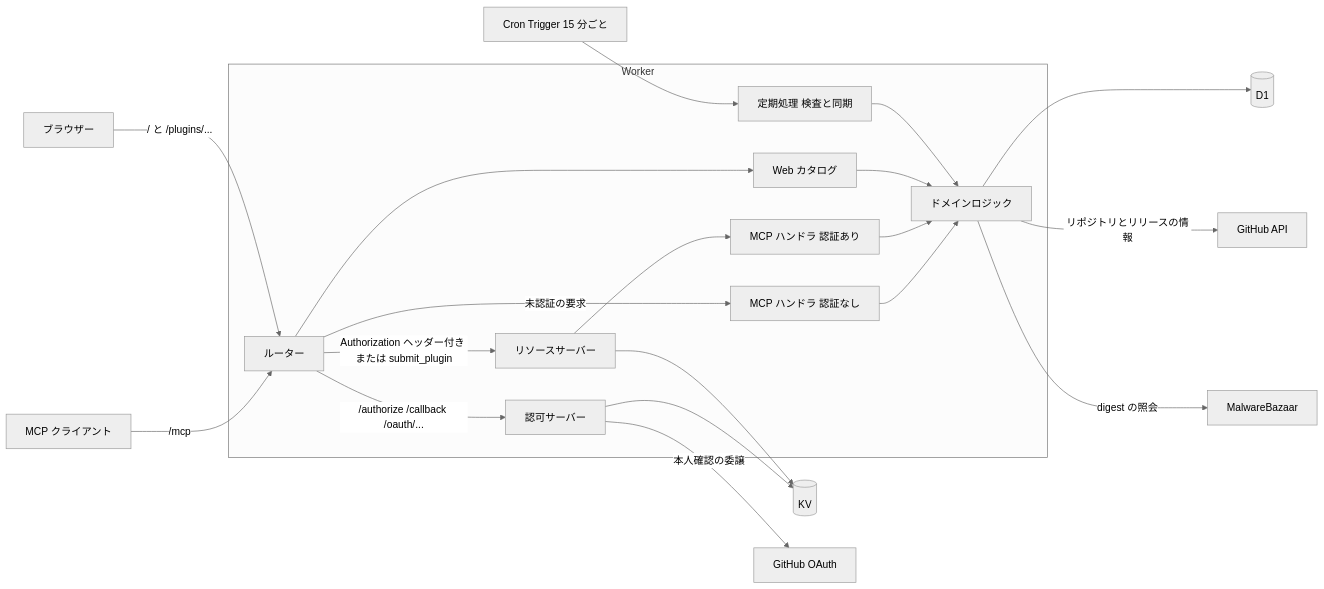
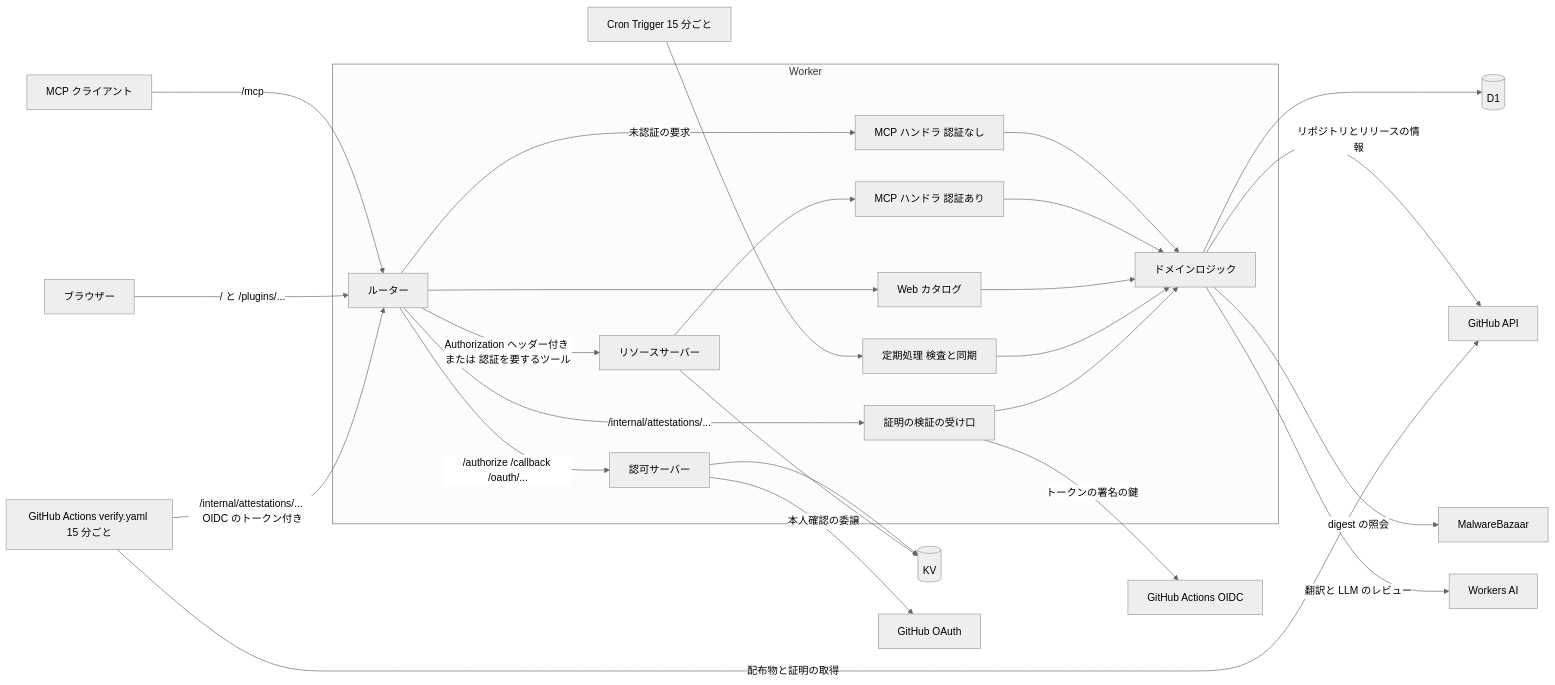
One commit to AllegroMoltoV/plugin-soko-kun changed the diagram in docs/design/architecture.md. Above: the diagram before and after it, drawn with Mermaid (neutral theme). The commit also changed other lines of this file and 12 other files, not shown here.

````diff
--- a/docs/design/architecture.md
+++ b/docs/design/architecture.md
@@ -13,25 +15,31 @@
 ```mermaid
 flowchart LR
   agent[MCP クライアント] -->|/mcp| router
   browser[ブラウザー] -->|/ と /plugins/...| router
   cron[Cron Trigger 15 分ごと] --> scheduled
+  verify[GitHub Actions verify.yaml 15 分ごと] -->|/internal/attestations/... OIDC のトークン付き| router
   subgraph worker[Worker]
     router[ルーター]
     router -->|未認証の要求| mcpPublic[MCP ハンドラ 認証なし]
-    router -->|Authorization ヘッダー付き または submit_plugin| rs[リソースサーバー]
+    router -->|Authorization ヘッダー付き または 認証を要するツール| rs[リソースサーバー]
     rs --> mcpAuth[MCP ハンドラ 認証あり]
     router -->|/authorize /callback /oauth/...| as[認可サーバー]
     router --> web[Web カタログ]
+    router -->|/internal/attestations/...| attest[証明の検証の受け口]
     scheduled[定期処理 検査と同期]
     mcpPublic --> domain[ドメインロジック]
     mcpAuth --> domain
     web --> domain
     scheduled --> domain
+    attest --> domain
   end
   as --> kv[(KV)]
   rs --> kv
   as -->|本人確認の委譲| ghOAuth[GitHub OAuth]
+  attest -->|トークンの署名の鍵| ghOidc[GitHub Actions OIDC]
   domain --> d1[(D1)]
   domain -->|リポジトリとリリースの情報| ghApi[GitHub API]
   domain -->|digest の照会| scanners[MalwareBazaar]
+  domain -->|翻訳と LLM のレビュー| ai[Workers AI]
+  verify -->|配布物と証明の取得| ghApi
 ```
````
